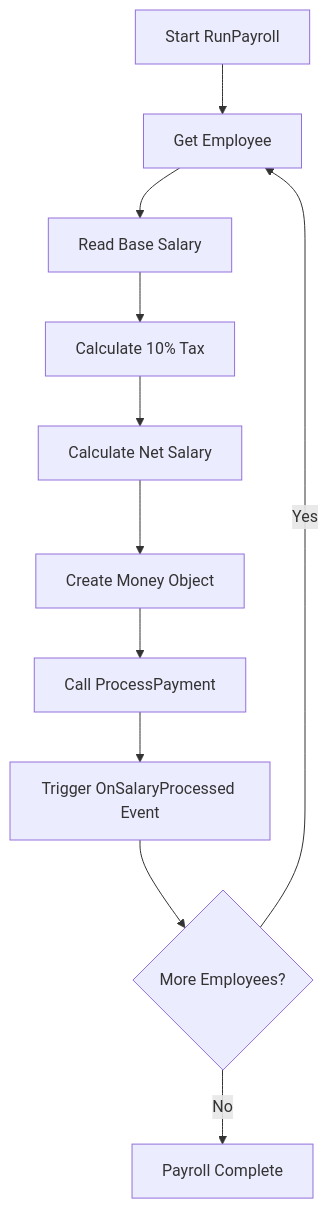
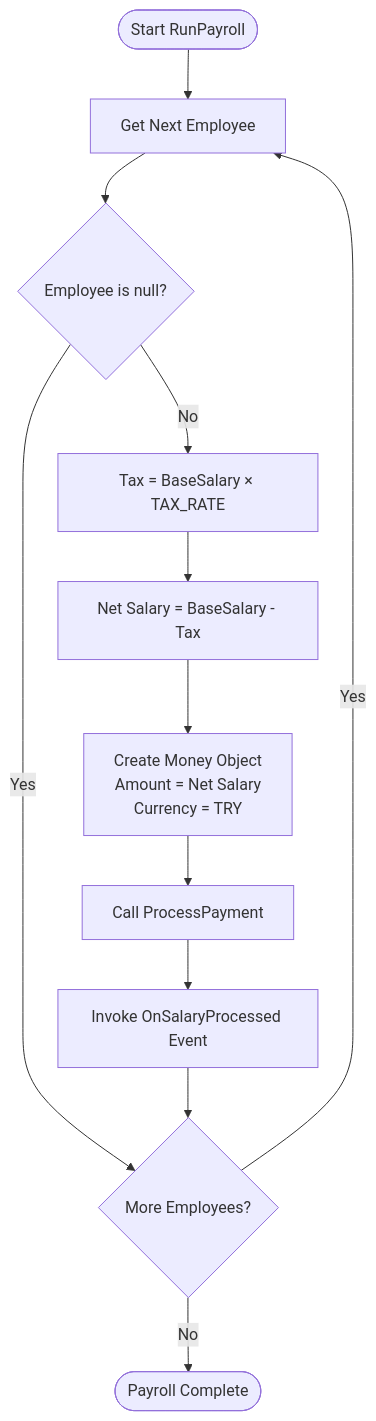
Before and after one commit to ahmadmozaik/PayrollSystem: the diagram in docs/PayrollFlow.md, drawn with Mermaid. The commit also changed 2 other files, not shown here.

Commit message:
Finalize PayrollSystem and update documentation

````diff
--- a/docs/PayrollFlow.md
+++ b/docs/PayrollFlow.md
@@ -3,14 +3,19 @@
 ```mermaid
 flowchart TD
-    A[Start RunPayroll] --> B[Get Employee]
-    B --> C[Read Base Salary]
-    C --> D[Calculate 10% Tax]
-    D --> E[Calculate Net Salary]
-    E --> F[Create Money Object]
+    A([Start RunPayroll]) --> B[Get Next Employee]
+
+    B --> C{Employee is null?}
+
+    C -->|Yes| I{More Employees?}
+    C -->|No| D[Tax = BaseSalary × TAX_RATE]
+
+    D --> E[Net Salary = BaseSalary - Tax]
+    E --> F[Create Money Object<br/>Amount = Net Salary<br/>Currency = TRY]
     F --> G[Call ProcessPayment]
-    G --> H[Trigger OnSalaryProcessed Event]
+    G --> H[Invoke OnSalaryProcessed Event]
+
     H --> I{More Employees?}
 
     I -->|Yes| B
-    I -->|No| J[Payroll Complete]
+    I -->|No| J([Payroll Complete])
 ```
````
